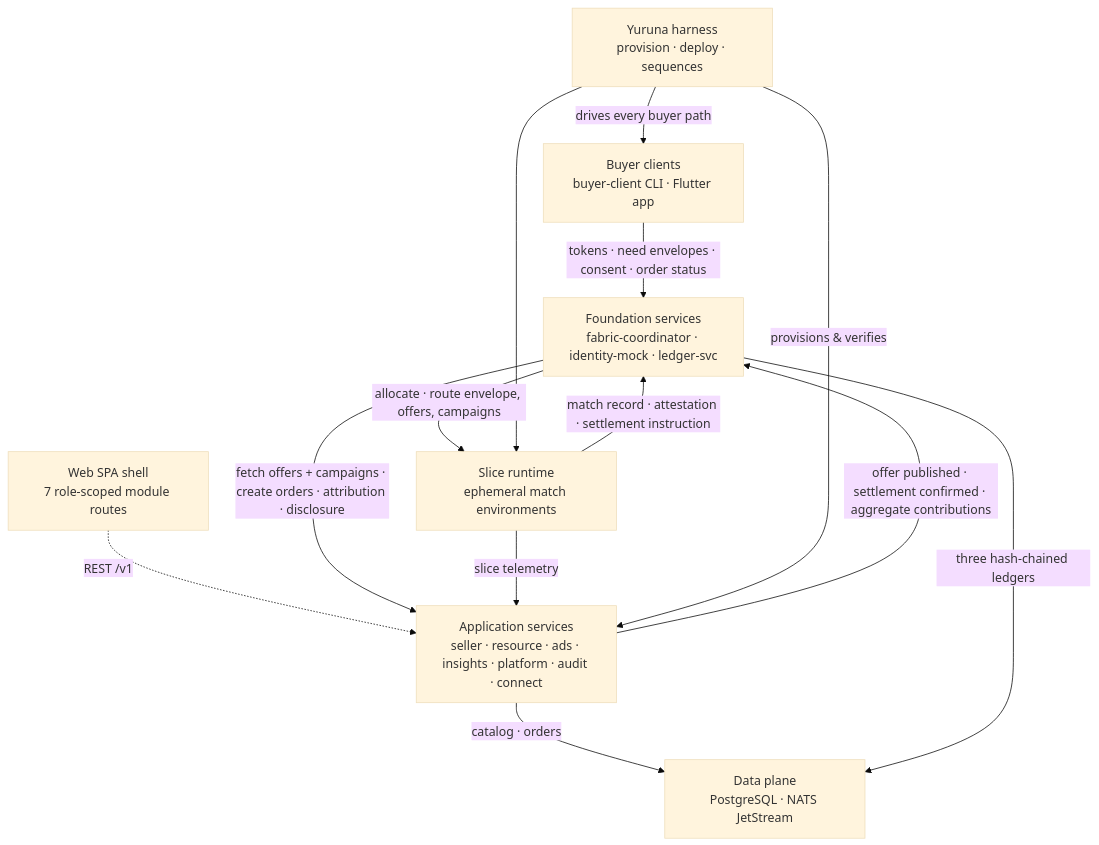
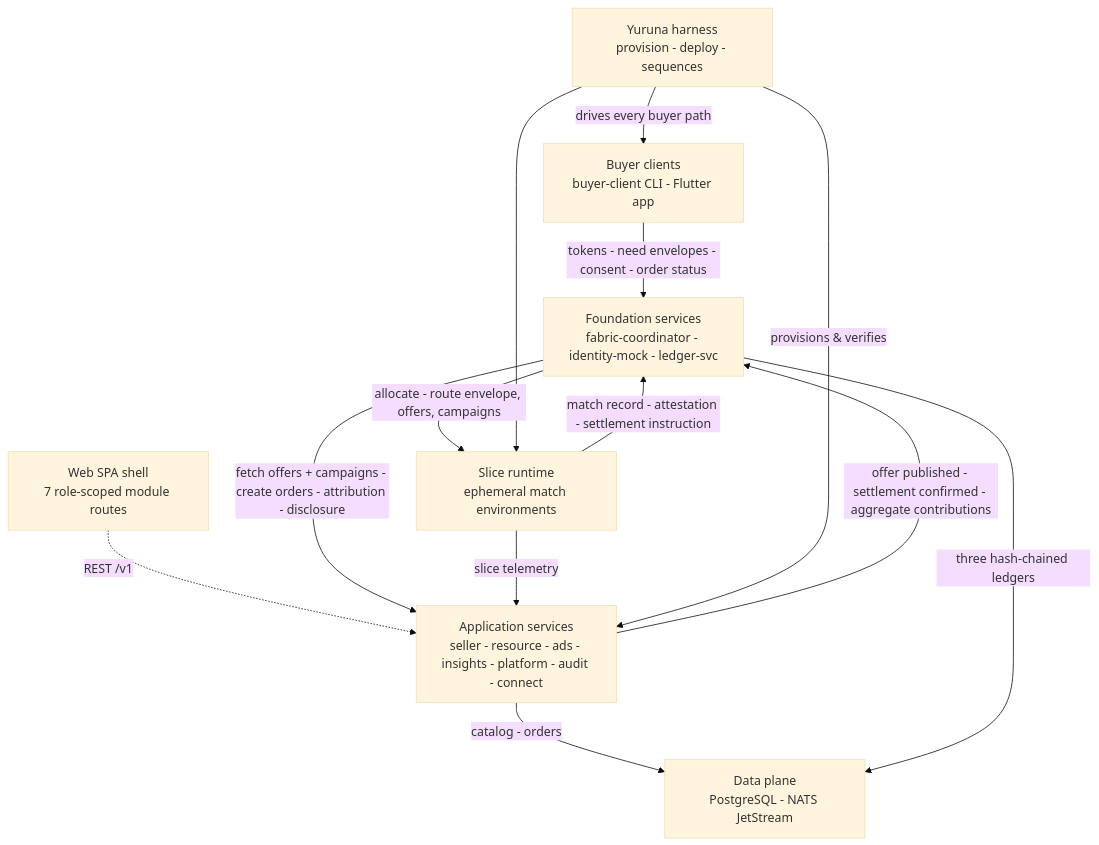
Before and after one commit to alius-git/amisad.dev: the first of 2 diagrams in plan/design/01-overview.md, drawn with Mermaid (base theme). The commit also changed other lines of this file and 44 other files, not shown here.

````diff
--- a/plan/design/01-overview.md
+++ b/plan/design/01-overview.md
@@ -9,23 +9,23 @@
 ```mermaid
 flowchart TD
-    buyer["Buyer clients<br/>buyer-client CLI · Flutter app"]
+    buyer["Buyer clients<br/>buyer-client CLI - Flutter app"]
     web["Web SPA shell<br/>7 role-scoped module routes"]
-    core["Application services<br/>seller · resource · ads · insights · platform · audit · connect"]
-    found["Foundation services<br/>fabric-coordinator · identity-mock · ledger-svc"]
+    core["Application services<br/>seller - resource - ads - insights - platform - audit - connect"]
+    found["Foundation services<br/>fabric-coordinator - identity-mock - ledger-svc"]
     edge["Slice runtime<br/>ephemeral match environments"]
-    data["Data plane<br/>PostgreSQL · NATS JetStream"]
-    yuruna["Yuruna harness<br/>provision · deploy · sequences"]
+    data["Data plane<br/>PostgreSQL - NATS JetStream"]
+    yuruna["Yuruna harness<br/>provision - deploy - sequences"]
 
-    buyer -->|"tokens · need envelopes · consent · order status"| found
+    buyer -->|"tokens - need envelopes - consent - order status"| found
     web -.->|"REST /v1"| core
-    core -->|"catalog · orders"| data
+    core -->|"catalog - orders"| data
     found -->|"three hash-chained ledgers"| data
-    found -->|"fetch offers + campaigns · create orders · attribution · disclosure"| core
-    core -->|"offer published · settlement confirmed · aggregate contributions"| found
-    found -->|"allocate · route envelope, offers, campaigns"| edge
-    edge -->|"match record · attestation · settlement instruction"| found
+    found -->|"fetch offers + campaigns - create orders - attribution - disclosure"| core
+    core -->|"offer published - settlement confirmed - aggregate contributions"| found
+    found -->|"allocate - route envelope, offers, campaigns"| edge
+    edge -->|"match record - attestation - settlement instruction"| found
     edge -->|"slice telemetry"| core
     yuruna -->|"provisions & verifies"| core
     yuruna --> edge
     yuruna -->|"drives every buyer path"| buyer
 ```
````
